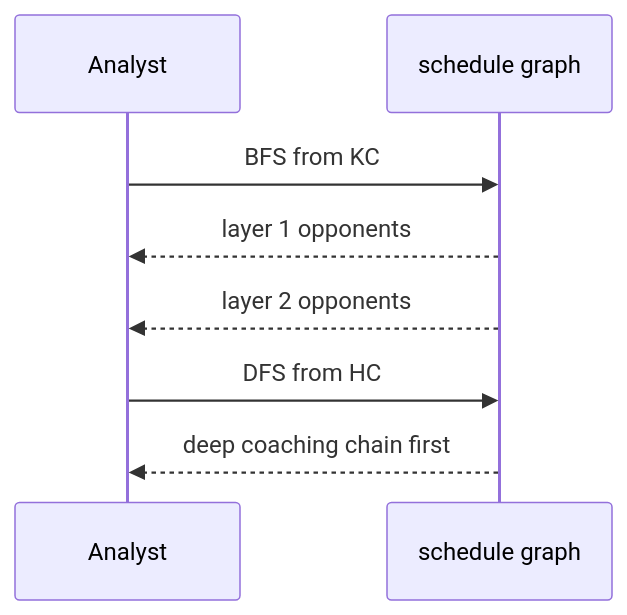
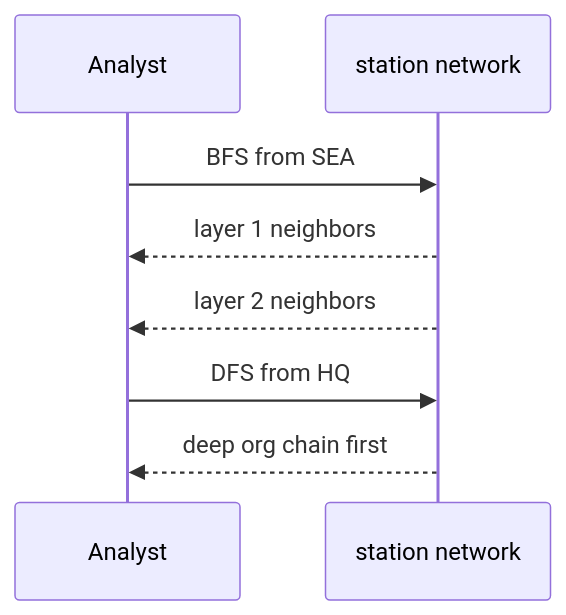
Before and after one commit to qgjones9/python-programming-guide: the fifth of 6 diagrams in docs/dsa/data-structures/graphs/index.md, drawn with Mermaid. The commit also changed other lines of this file and 29 other files, not shown here.

````diff
--- a/docs/dsa/data-structures/graphs/index.md
+++ b/docs/dsa/data-structures/graphs/index.md
@@ -325,10 +322,10 @@
 ```mermaid
 sequenceDiagram
   participant Analyst
-  participant G as schedule graph
-  Analyst->>G: BFS from KC
-  G-->>Analyst: layer 1 opponents
-  G-->>Analyst: layer 2 opponents
-  Analyst->>G: DFS from HC
-  G-->>Analyst: deep coaching chain first
+  participant G as station network
+  Analyst->>G: BFS from SEA
+  G-->>Analyst: layer 1 neighbors
+  G-->>Analyst: layer 2 neighbors
+  Analyst->>G: DFS from HQ
+  G-->>Analyst: deep org chain first
 ```
````
